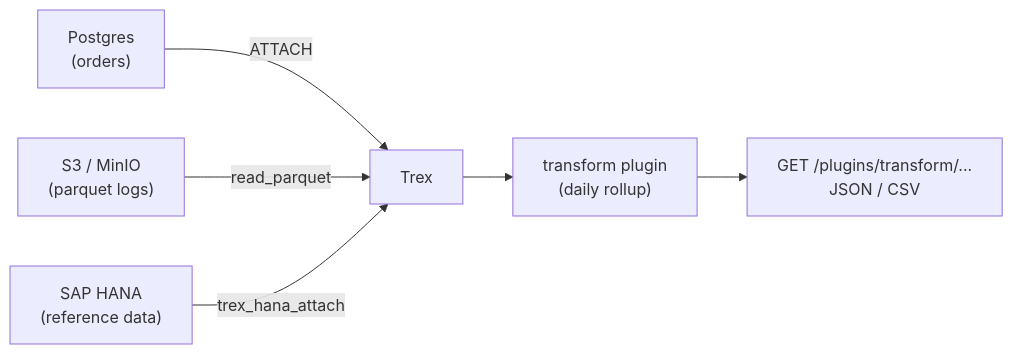
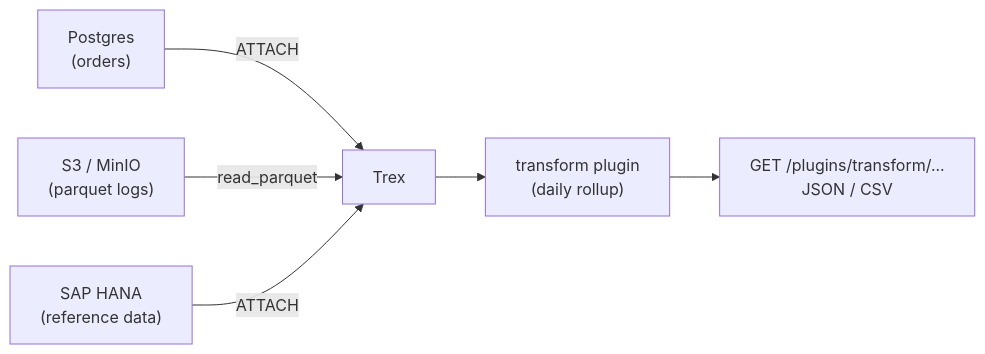
The diagram in plugins/docs/docs/tutorials/multi-source-analytics.md (OHDSI/trex), drawn with Mermaid before and after one commit. The commit also changed other lines of this file and 30 other files, not shown here.

Commit message:
Replace trex_hana_attach with ATTACH ... (TYPE hana) (#370)

````diff
--- a/plugins/docs/docs/tutorials/multi-source-analytics.md
+++ b/plugins/docs/docs/tutorials/multi-source-analytics.md
@@ -21,13 +21,13 @@
 ```mermaid
 flowchart LR
     PG["Postgres<br/>(orders)"]
     S3["S3 / MinIO<br/>(parquet logs)"]
     HANA["SAP HANA<br/>(reference data)"]
 
     PG -->|ATTACH| Trex
     S3 -->|read_parquet| Trex
-    HANA -->|trex_hana_attach| Trex
+    HANA -->|ATTACH| Trex
 
     Trex --> Transform["transform plugin<br/>(daily rollup)"]
     Transform --> Endpoint["GET /plugins/transform/...<br/>JSON / CSV"]
 ```
````
